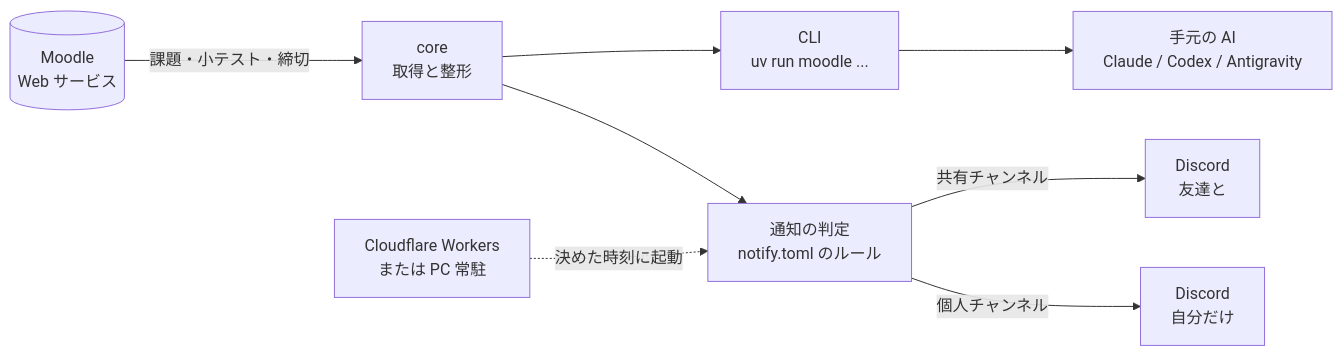
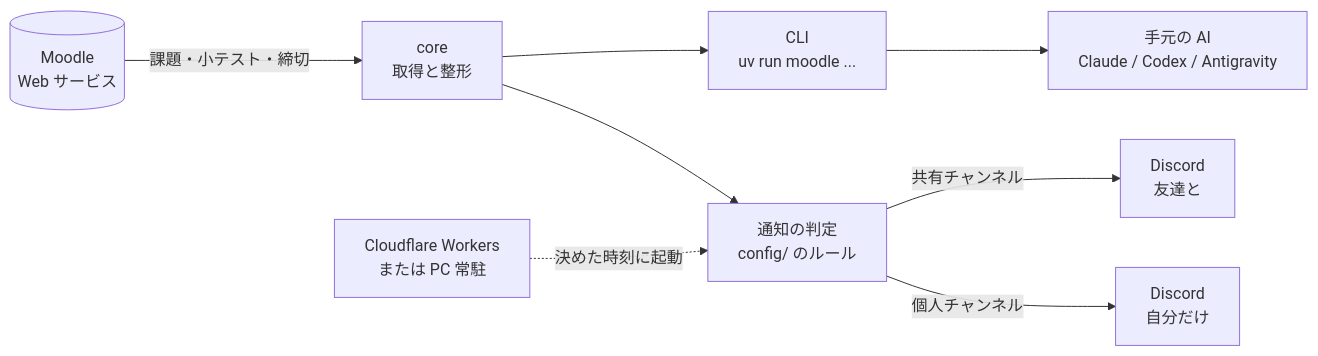
One commit to kamatama1228/kadai-sentinel changed the diagram in README.md. Above: the diagram before and after it, drawn with Mermaid. The commit also changed other lines of this file and 60 other files, not shown here.

````diff
--- a/README.md
+++ b/README.md
@@ -25,10 +25,10 @@
 ```mermaid
 flowchart LR
     M[(Moodle<br/>Web サービス)] -->|課題・小テスト・締切| C[core<br/>取得と整形]
     C --> CLI[CLI<br/>uv run moodle ...]
-    C --> N[通知の判定<br/>notify.toml のルール]
+    C --> N[通知の判定<br/>config/ のルール]
     N -->|共有チャンネル| D1[Discord<br/>友達と]
     N -->|個人チャンネル| D2[Discord<br/>自分だけ]
     CLI --> AI[手元の AI<br/>Claude / Codex / Antigravity]
     W[Cloudflare Workers<br/>または PC 常駐] -. 決めた時刻に起動 .-> N
 ```
````
